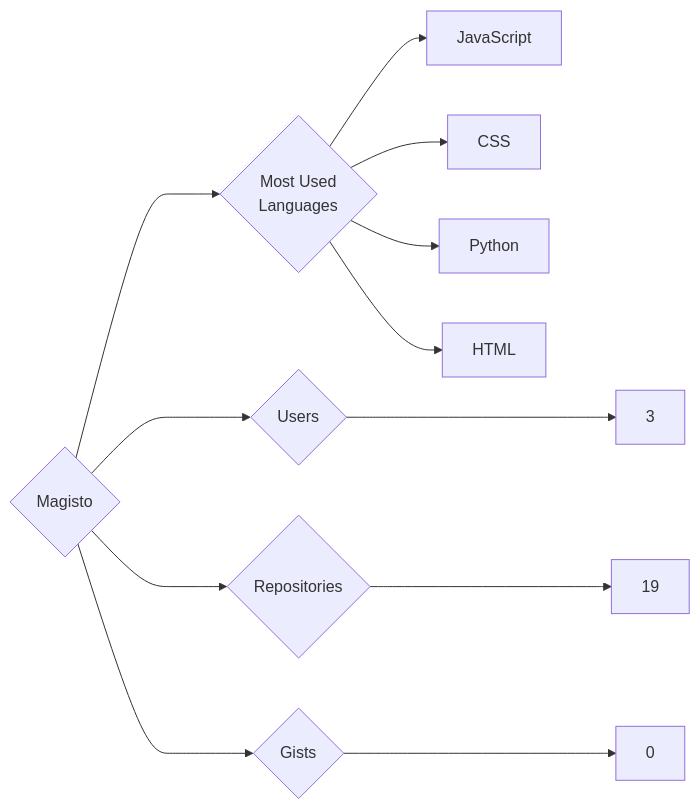
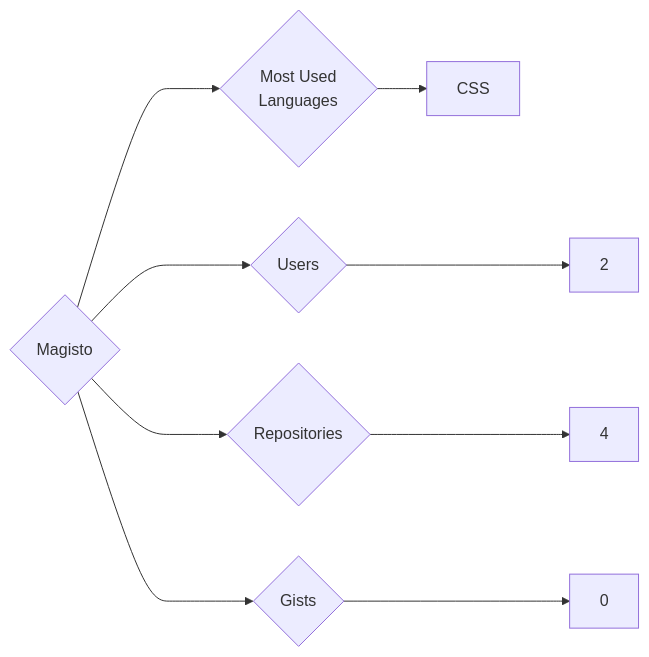
One commit to trickest/insiders changed the diagram in targets/Magisto/README.md. Above: the diagram before and after it, drawn with Mermaid. The commit also changed 826 other files, not shown here.

````diff
--- a/targets/Magisto/README.md
+++ b/targets/Magisto/README.md
@@ -3,12 +3,9 @@
 ```mermaid
 graph LR
 COMPANY_NAME{Magisto}
-COMPANY_NAME ---> U{Users} ---> UN[3]
-COMPANY_NAME ---> R{Repositories} ---> RN[19]
+COMPANY_NAME ---> U{Users} ---> UN[2]
+COMPANY_NAME ---> R{Repositories} ---> RN[4]
 COMPANY_NAME ---> G{Gists} ---> GN[0]
 COMPANY_NAME ---> ML{Most Used<br>Languages}
-ML --> JavaScript[JavaScript]
 ML --> CSS[CSS]
-ML --> Python[Python]
-ML --> HTML[HTML]
 ```
````
